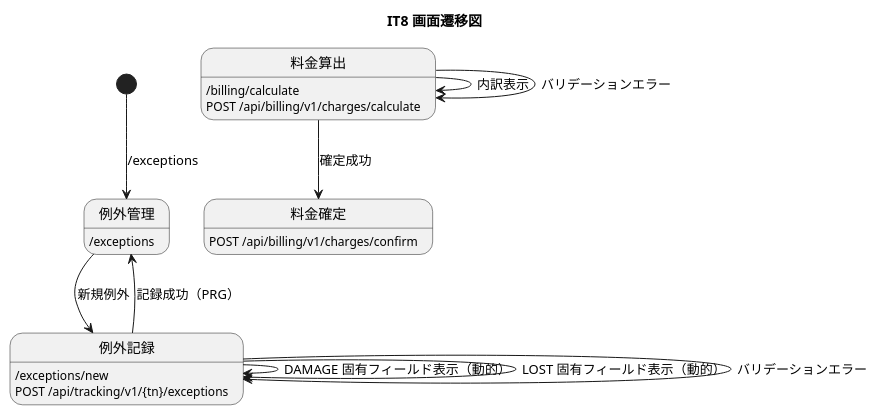
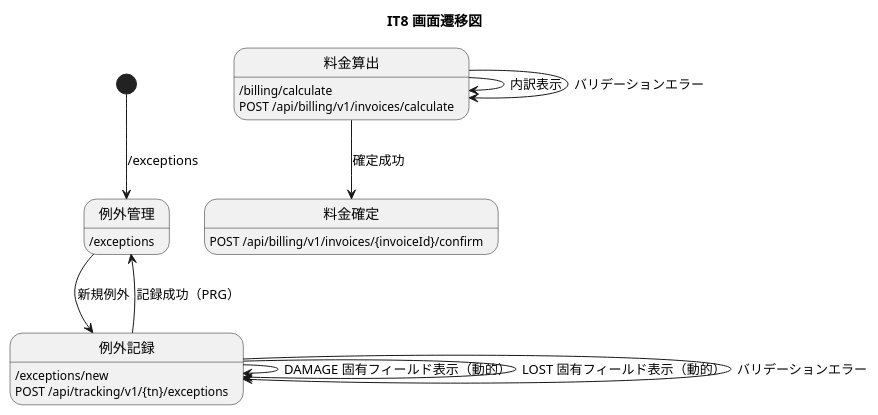
Before and after one commit to k2works/case-study-cargo-tracker: the eighth of 8 diagrams in docs/development/iteration_plan-8.md, drawn with PlantUML. The commit also changed other lines of this file, not shown here.

````diff
--- a/docs/development/iteration_plan-8.md
+++ b/docs/development/iteration_plan-8.md
@@ -348,23 +383,23 @@
 ```plantuml
 @startuml
 title IT8 画面遷移図
 
 [*] --> 例外管理 : /exceptions
 
 state 例外管理 : /exceptions
 例外管理 --> 例外記録 : 新規例外
 
 state 例外記録 : /exceptions/new\nPOST /api/tracking/v1/{tn}/exceptions
 例外記録 --> 例外記録 : DAMAGE 固有フィールド表示（動的）
 例外記録 --> 例外記録 : LOST 固有フィールド表示（動的）
 例外記録 --> 例外記録 : バリデーションエラー
 例外記録 --> 例外管理 : 記録成功（PRG）
 
-state 料金算出 : /billing/calculate\nPOST /api/billing/v1/charges/calculate
+state 料金算出 : /billing/calculate\nPOST /api/billing/v1/invoices/calculate
 料金算出 --> 料金算出 : 内訳表示
 料金算出 --> 料金算出 : バリデーションエラー
 料金算出 --> 料金確定 : 確定成功
 
-state 料金確定 : POST /api/billing/v1/charges/confirm
+state 料金確定 : POST /api/billing/v1/invoices/{invoiceId}/confirm
 @enduml
 ```
````
